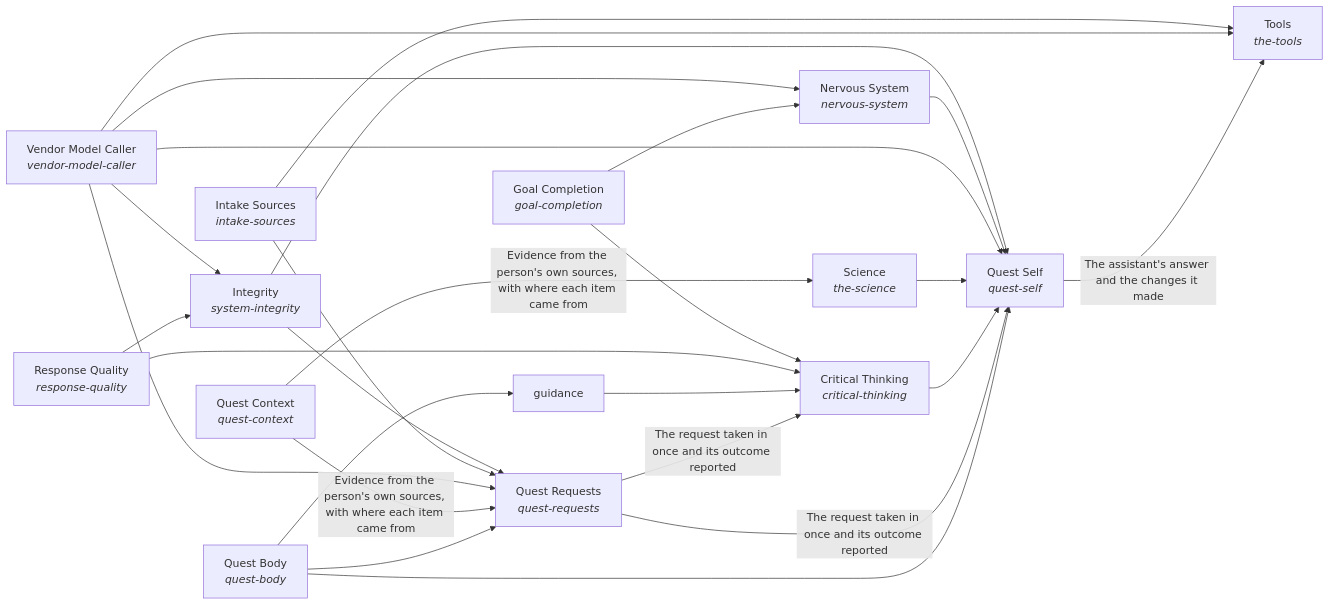
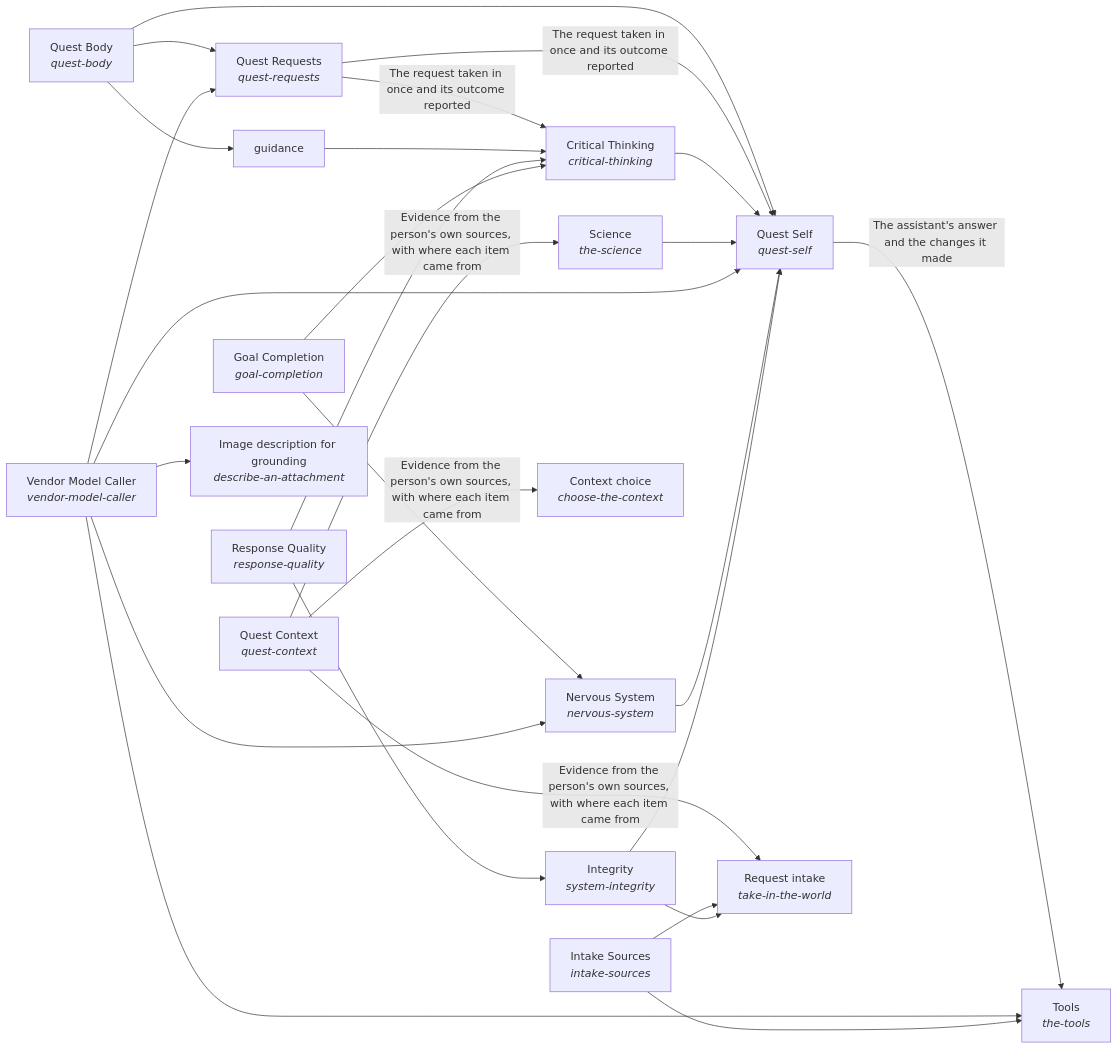
One commit to SpiritualData/quest-ai-runner changed the diagram in esoi/README.md. Above: the diagram before and after it, drawn with Mermaid. The commit also changed other lines of this file and 109 other files, not shown here.

````diff
--- a/esoi/README.md
+++ b/esoi/README.md
@@ -17,42 +17,46 @@
 ```mermaid
 flowchart LR
     s0["Integrity<br/><i>system-integrity</i>"]
     s1["Intake Sources<br/><i>intake-sources</i>"]
     s2["Nervous System<br/><i>nervous-system</i>"]
     s3["Vendor Model Caller<br/><i>vendor-model-caller</i>"]
     s4["Science<br/><i>the-science</i>"]
     s5["Critical Thinking<br/><i>critical-thinking</i>"]
     s6["Goal Completion<br/><i>goal-completion</i>"]
     s7["Response Quality<br/><i>response-quality</i>"]
     s8["guidance"]
     s9["Tools<br/><i>the-tools</i>"]
     s10["Quest Context<br/><i>quest-context</i>"]
     s11["Quest Requests<br/><i>quest-requests</i>"]
     s12["Quest Self<br/><i>quest-self</i>"]
     s13["Quest Body<br/><i>quest-body</i>"]
-    s0 --> s11
+    s14["Image description for grounding<br/><i>describe-an-attachment</i>"]
+    s15["Request intake<br/><i>take-in-the-world</i>"]
+    s16["Context choice<br/><i>choose-the-context</i>"]
     s0 --> s12
+    s0 --> s15
     s1 --> s9
-    s1 --> s11
+    s1 --> s15
     s2 --> s12
-    s3 --> s0
     s3 --> s2
     s3 --> s9
     s3 --> s11
     s3 --> s12
+    s3 --> s14
     s4 --> s12
     s5 --> s12
     s6 --> s2
     s6 --> s5
     s7 --> s0
     s7 --> s5
     s8 --> s5
     s10 -->|"Evidence from the person's own sources, with where each item came from"| s4
-    s10 -->|"Evidence from the person's own sources, with where each item came from"| s11
+    s10 -->|"Evidence from the person's own sources, with where each item came from"| s15
+    s10 -->|"Evidence from the person's own sources, with where each item came from"| s16
     s11 -->|"The request taken in once and its outcome reported"| s5
     s11 -->|"The request taken in once and its outcome reported"| s12
     s12 -->|"The assistant's answer and the changes it made"| s9
     s13 --> s8
     s13 --> s11
     s13 --> s12
 ```
````
